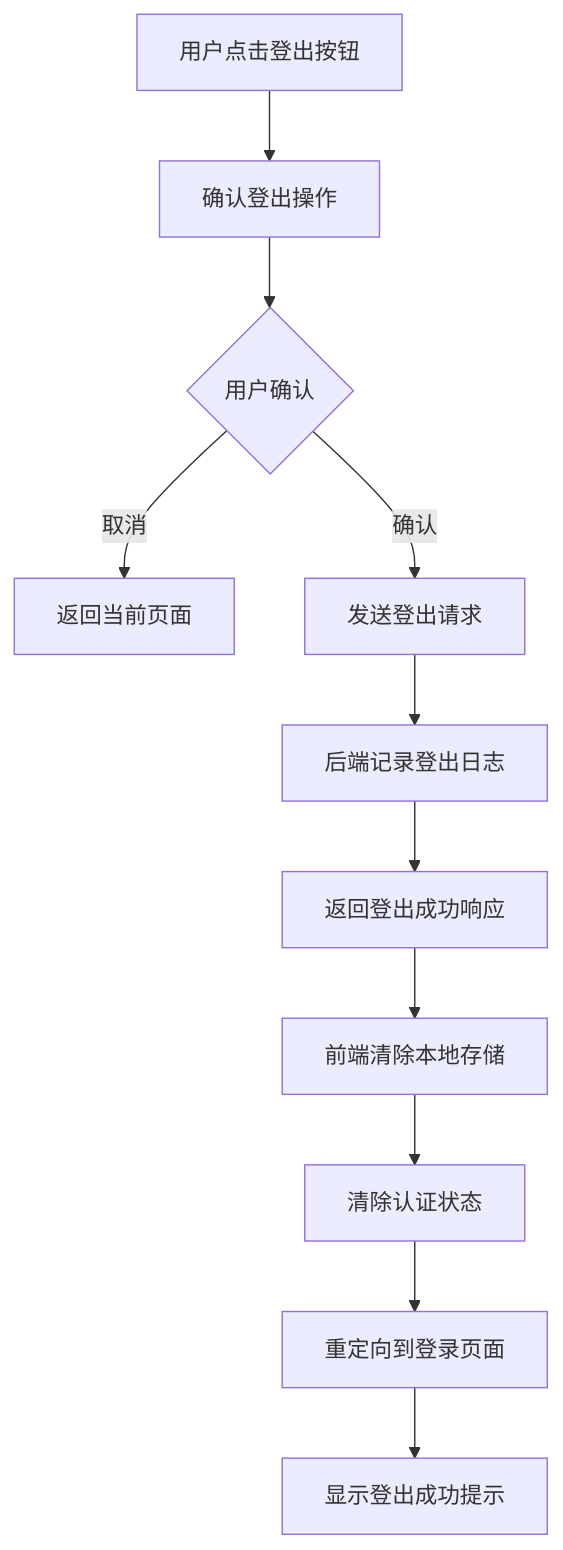
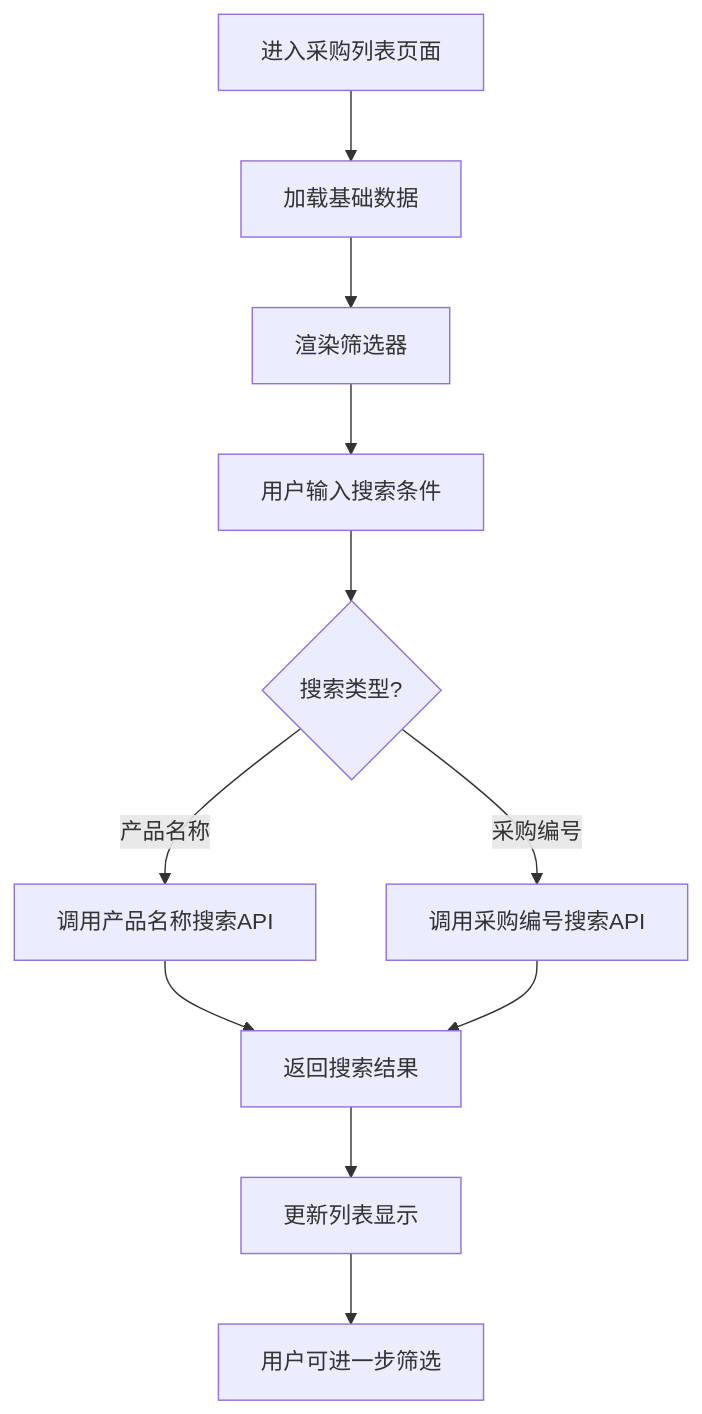
Before and after one commit to zhuoweishun/shuijing-erp: the first of 14 diagrams in .trae/documents/05-业务流程详细规范文档.md, drawn with Mermaid. The commit also changed other lines of this file and 118 other files, not shown here.

````diff
--- a/.trae/documents/05-业务流程详细规范文档.md
+++ b/.trae/documents/05-业务流程详细规范文档.md
@@ -109,13 +8,13 @@
 ```mermaid
 flowchart TD
-    A[用户点击登出按钮] --> B[确认登出操作]
-    B --> C{用户确认}
-    C -->|取消| D[返回当前页面]
-    C -->|确认| E[发送登出请求]
-    E --> F[后端记录登出日志]
-    F --> G[返回登出成功响应]
-    G --> H[前端清除本地存储]
-    H --> I[清除认证状态]
-    I --> J[重定向到登录页面]
-    J --> K[显示登出成功提示]
+    A[进入采购列表页面] --> B[加载基础数据]
+    B --> C[渲染筛选器]
+    C --> D[用户输入搜索条件]
+    D --> E{搜索类型?}
+    E -->|产品名称| F[调用产品名称搜索API]
+    E -->|采购编号| G[调用采购编号搜索API]
+    F --> H[返回搜索结果]
+    G --> H
+    H --> I[更新列表显示]
+    I --> J[用户可进一步筛选]
 ```
````
